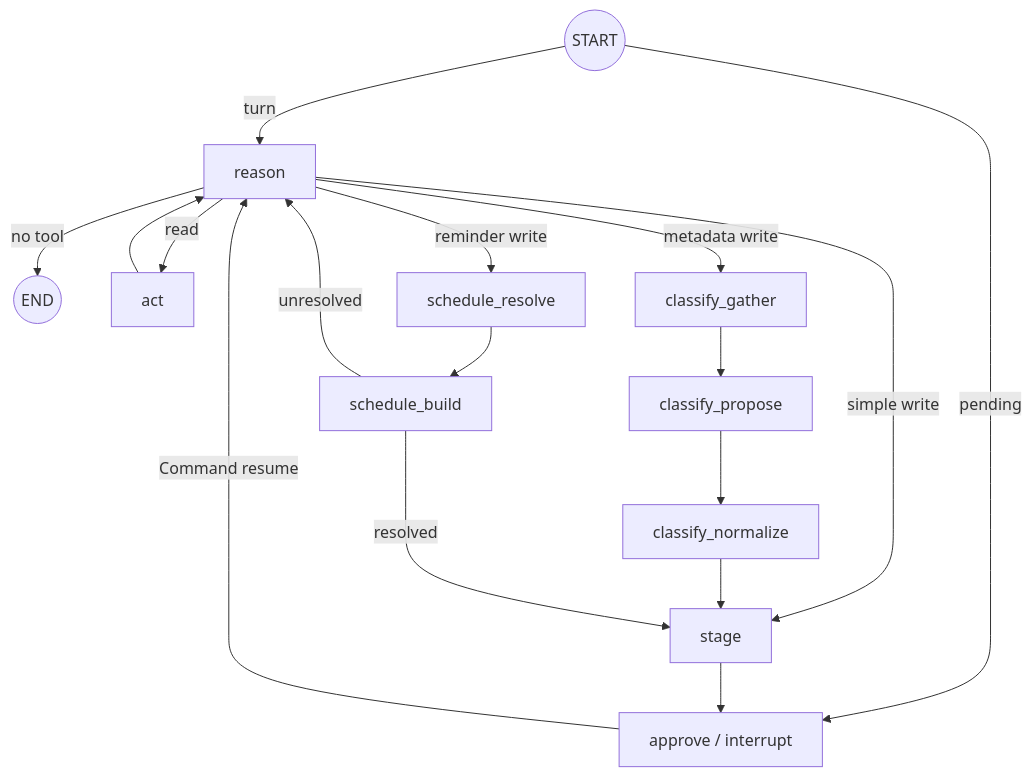
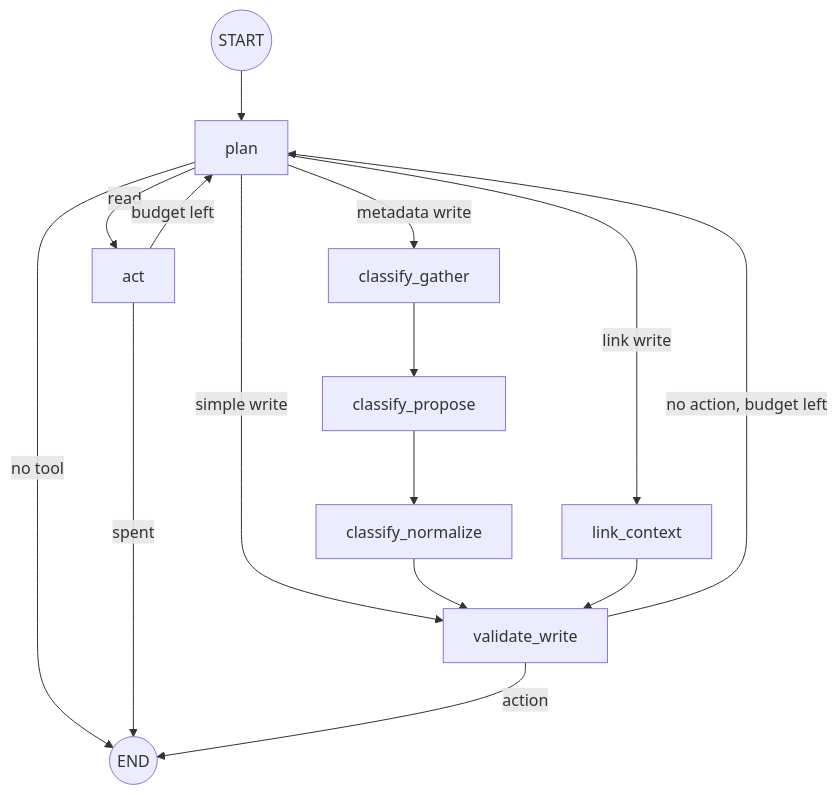
Before and after one commit to jungarik/daily-notes: the second of 2 diagrams in devdoc/agent-workflows-langgraph.md, drawn with Mermaid. The commit also changed other lines of this file and 12 other files, not shown here.

````diff
--- a/devdoc/agent-workflows-langgraph.md
+++ b/devdoc/agent-workflows-langgraph.md
@@ -60,19 +58,17 @@
 ```mermaid
 flowchart TD
-    S((START)) -->|turn| M[reason]
-    S -->|pending| H[approve / interrupt]
-    M -->|no tool| E((END))
-    M -->|read| T[act]
-    M -->|metadata write| MC[classify_gather]
-    M -->|reminder write| RM[schedule_resolve]
-    M -->|simple write| P[stage]
-    T --> M
+    S((START)) --> P[plan]
+    P -->|no tool| E((END))
+    P -->|read| T[act]
+    P -->|metadata write| MC[classify_gather]
+    P -->|link write| L[link_context]
+    P -->|simple write| V[validate_write]
+    T -->|budget left| P
+    T -->|spent| E
     MC --> MM[classify_propose]
     MM --> MV[classify_normalize]
-    MV --> P
-    RM --> RV[schedule_build]
-    RV -->|resolved| P
-    RV -->|unresolved| M
-    P --> H
-    H -->|Command resume| M
+    MV --> V
+    L --> V
+    V -->|action| E
+    V -->|no action, budget left| P
 ```
````
